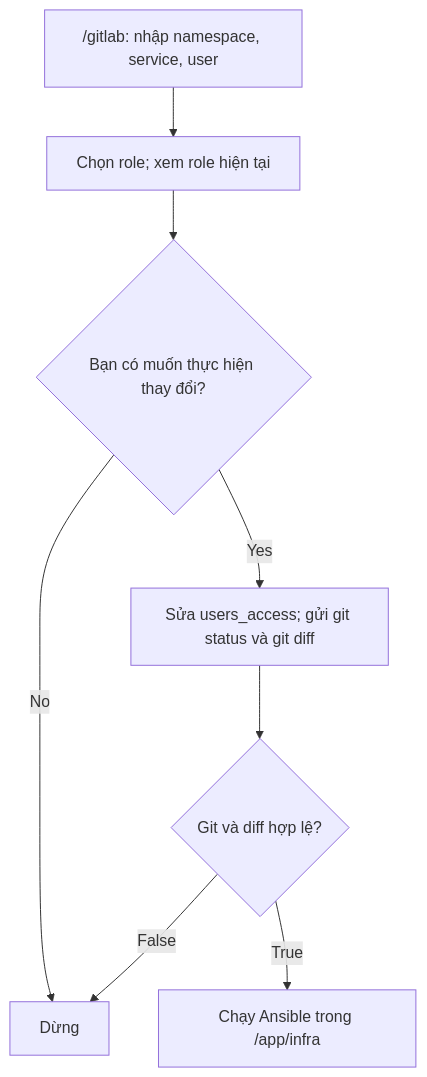
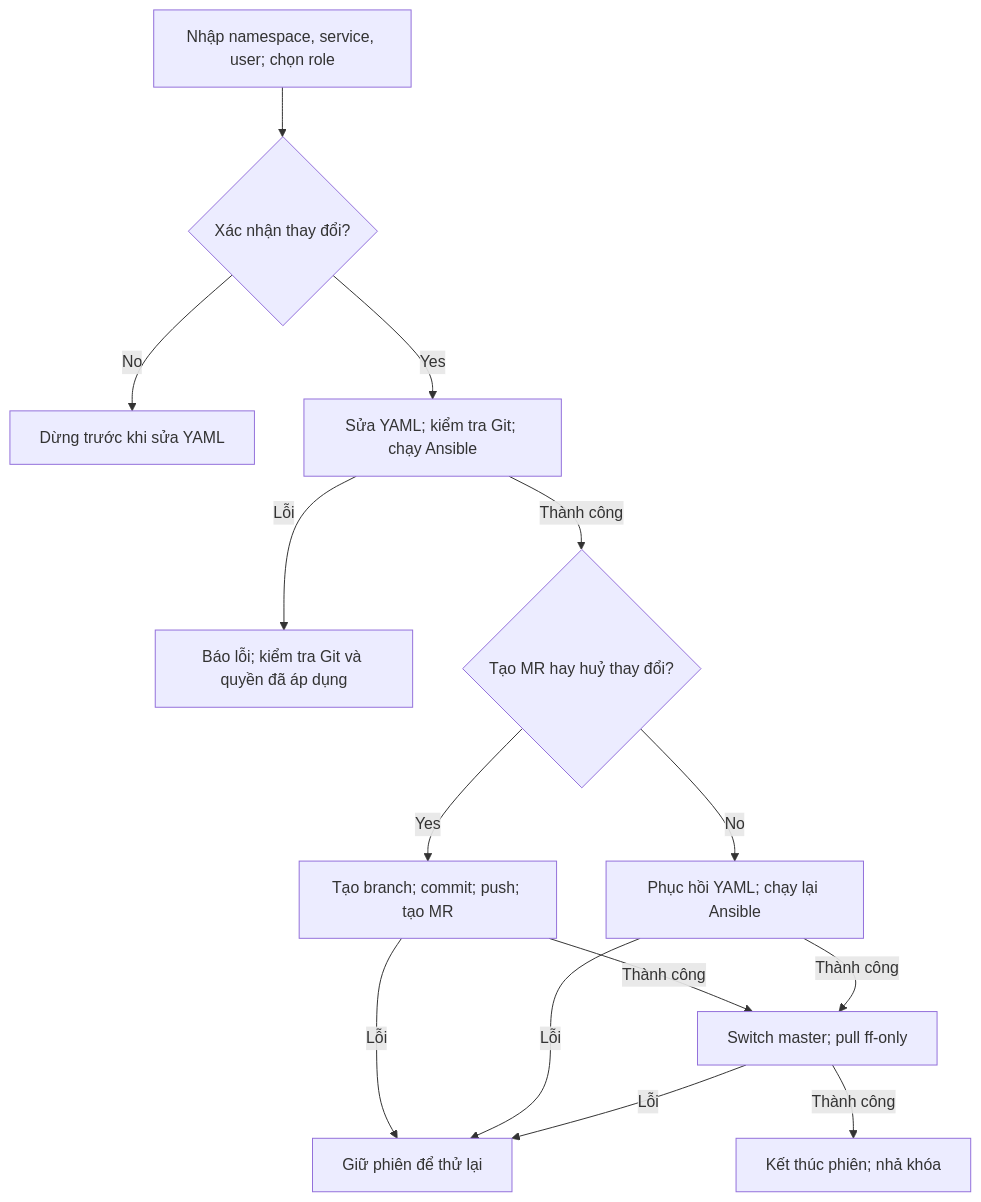
The diagram in GITLAB-REPO-ROLE-FLOW.md (tuanphi/infra-bot), drawn with Mermaid before and after one commit. The commit also changed other lines of this file and 4 other files, not shown here.

Commit message:
update gitlab-repo-role flow

````diff
--- a/GITLAB-REPO-ROLE-FLOW.md
+++ b/GITLAB-REPO-ROLE-FLOW.md
@@ -10,10 +11,16 @@
 ```mermaid
 flowchart TD
-    A["/gitlab: nhập namespace, service, user"] --> B["Chọn role; xem role hiện tại"]
-    B --> C{"Bạn có muốn thực hiện thay đổi?"}
-    C -->|No| D["Dừng"]
-    C -->|Yes| E["Sửa users_access; gửi git status và git diff"]
-    E --> F{"Git và diff hợp lệ?"}
-    F -->|False| D
-    F -->|True| G["Chạy Ansible trong /app/infra"]
+    A["Nhập namespace, service, user; chọn role"] --> B{"Xác nhận thay đổi?"}
+    B -->|No| C["Dừng trước khi sửa YAML"]
+    B -->|Yes| D["Sửa YAML; kiểm tra Git; chạy Ansible"]
+    D -->|Lỗi| E["Báo lỗi; kiểm tra Git và quyền đã áp dụng"]
+    D -->|Thành công| F{"Tạo MR hay huỷ thay đổi?"}
+    F -->|Yes| G["Tạo branch; commit; push; tạo MR"]
+    F -->|No| H["Phục hồi YAML; chạy lại Ansible"]
+    G -->|Thành công| I["Switch master; pull ff-only"]
+    H -->|Thành công| I
+    G -->|Lỗi| K["Giữ phiên để thử lại"]
+    H -->|Lỗi| K
+    I -->|Lỗi| K
+    I -->|Thành công| J["Kết thúc phiên; nhả khóa"]
 ```
````
